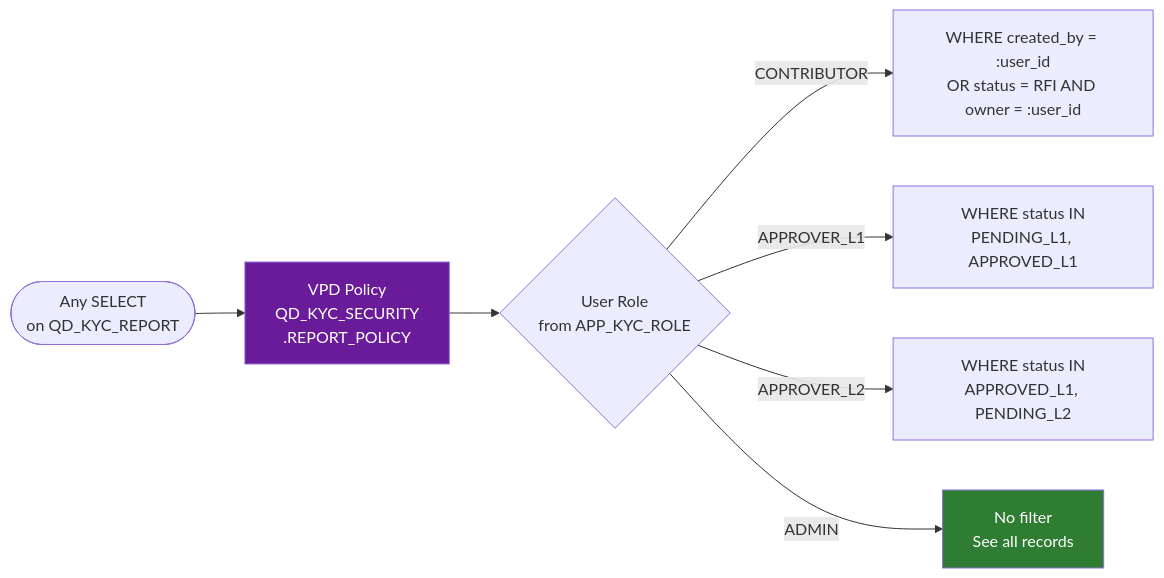
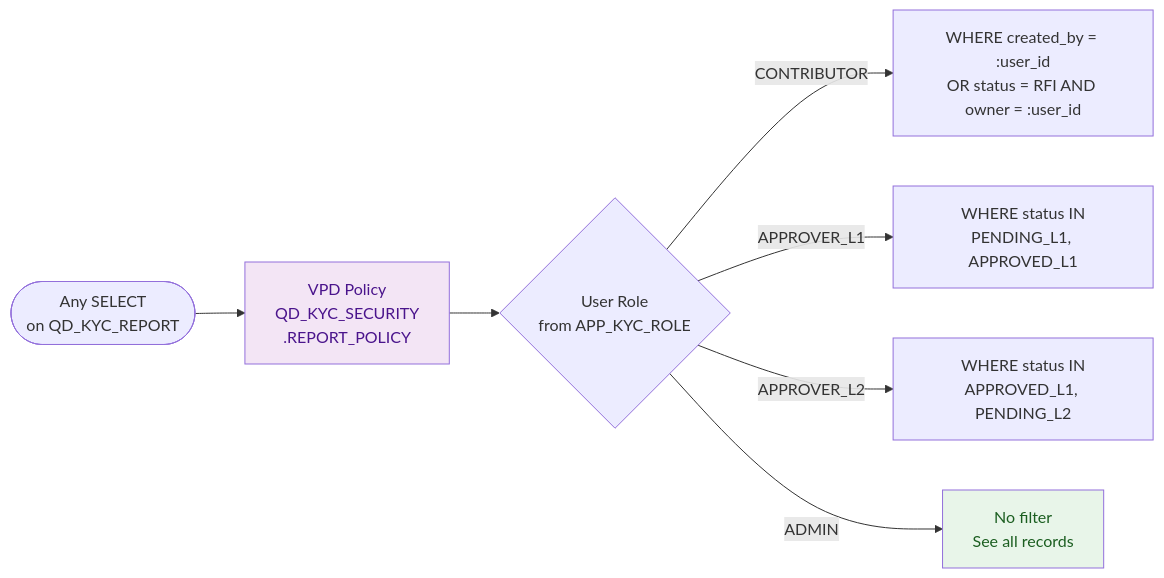
Before and after one commit to mazharr-hussain/KycReport: the fourth of 4 diagrams in docs/diagrams/apex-architecture.md, drawn with Mermaid. The commit also changed other lines of this file and 7 other files, not shown here.

First line of the commit message:
Switch all diagrams to light pastel palette with dark text

````diff
--- a/docs/diagrams/apex-architecture.md
+++ b/docs/diagrams/apex-architecture.md
@@ -127,14 +127,14 @@
 ```mermaid
 flowchart LR
     QUERY([Any SELECT\non QD_KYC_REPORT]) --> VPD[VPD Policy\nQD_KYC_SECURITY\n.REPORT_POLICY]
 
     VPD --> ROLE{User Role\nfrom APP_KYC_ROLE}
 
     ROLE -->|CONTRIBUTOR| OWN[WHERE created_by = :user_id\nOR status = RFI AND owner = :user_id]
     ROLE -->|APPROVER_L1| L1_VIEW[WHERE status IN\nPENDING_L1, APPROVED_L1]
     ROLE -->|APPROVER_L2| L2_VIEW[WHERE status IN\nAPPROVED_L1, PENDING_L2]
     ROLE -->|ADMIN| ALL[No filter\nSee all records]
 
-    style VPD fill:#6A1B9A,color:#fff
-    style ALL fill:#2E7D32,color:#fff
+    style VPD fill:#F3E5F5,color:#4A148C
+    style ALL fill:#E8F5E9,color:#1B5E20
 ```
````
